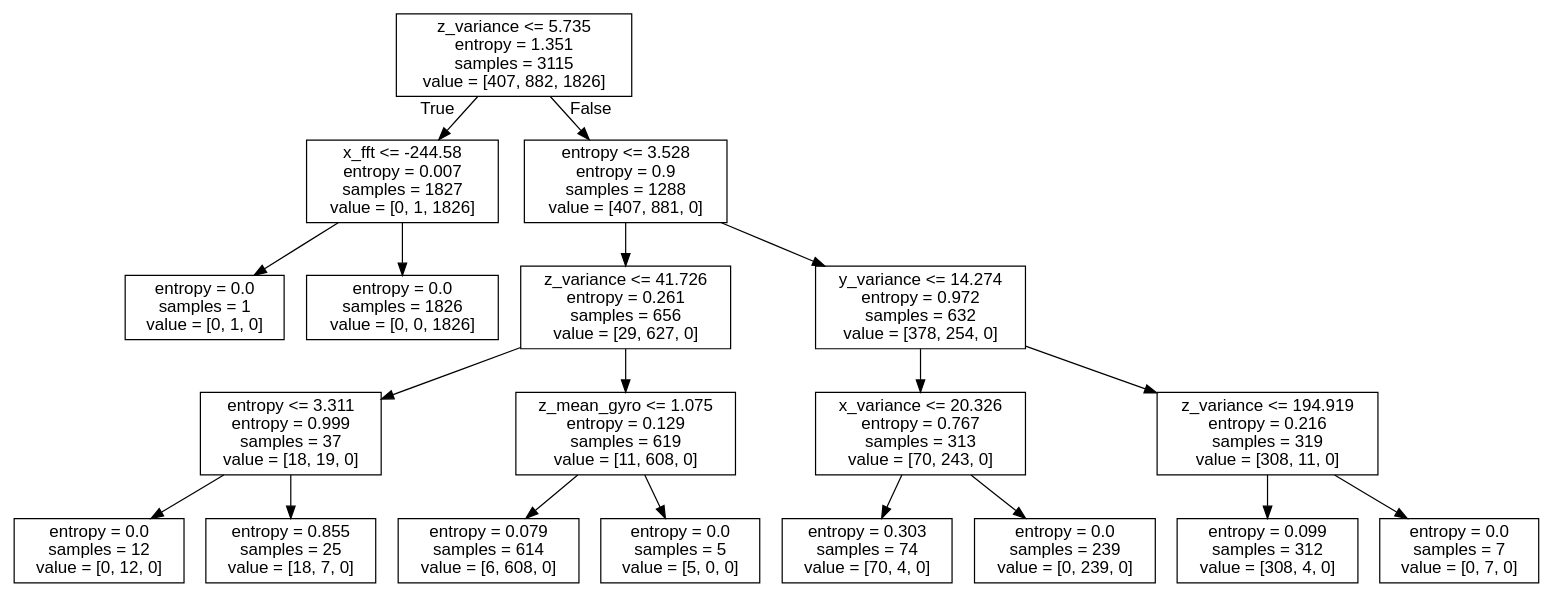
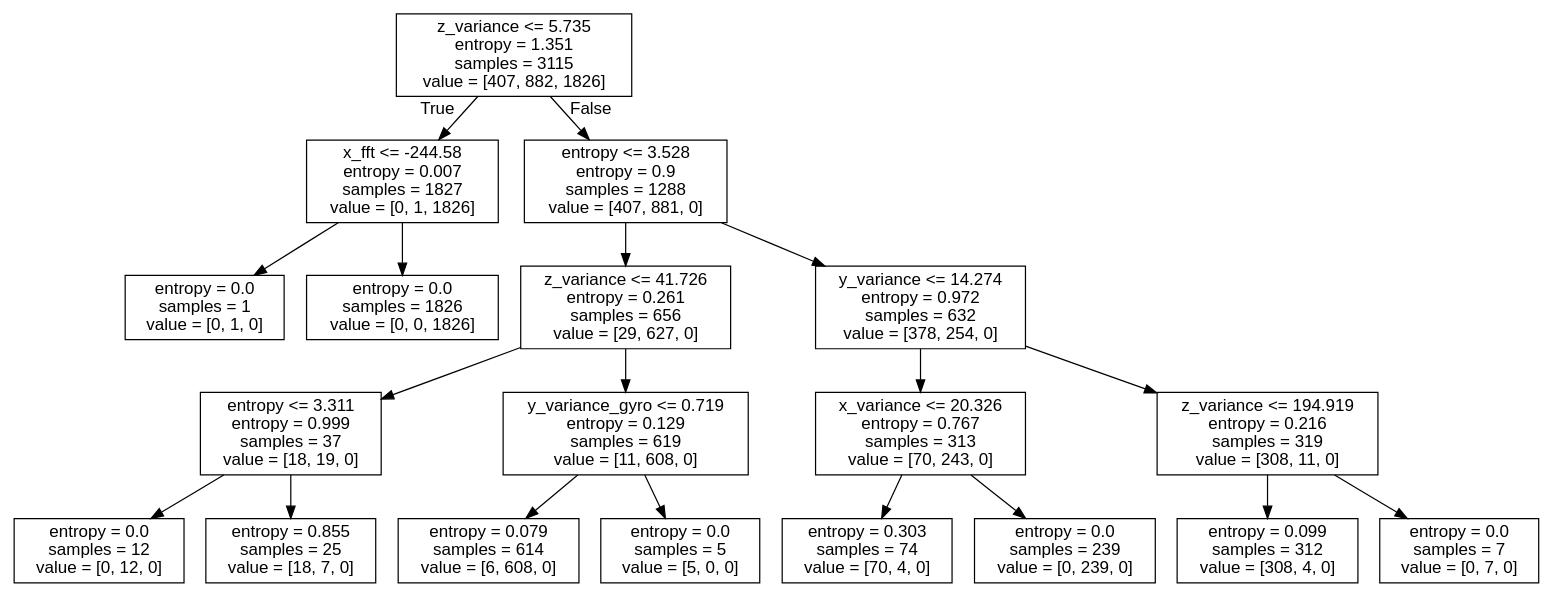
The diagram in tree.dot (WeiLi-hub/CS328-group16-finalproject), drawn with Graphviz before and after one commit. The commit also changed 4 other files, not shown here.

```diff
--- a/tree.dot
+++ b/tree.dot
@@ -1,41 +1,41 @@
 digraph Tree {
 node [shape=box, fontname="helvetica"] ;
 edge [fontname="helvetica"] ;
 0 [label="z_variance <= 5.735\nentropy = 1.351\nsamples = 3115\nvalue = [407, 882, 1826]"] ;
 1 [label="x_fft <= -244.58\nentropy = 0.007\nsamples = 1827\nvalue = [0, 1, 1826]"] ;
 0 -> 1 [labeldistance=2.5, labelangle=45, headlabel="True"] ;
 2 [label="entropy = 0.0\nsamples = 1\nvalue = [0, 1, 0]"] ;
 1 -> 2 ;
 3 [label="entropy = 0.0\nsamples = 1826\nvalue = [0, 0, 1826]"] ;
 1 -> 3 ;
 4 [label="entropy <= 3.528\nentropy = 0.9\nsamples = 1288\nvalue = [407, 881, 0]"] ;
 0 -> 4 [labeldistance=2.5, labelangle=-45, headlabel="False"] ;
 5 [label="z_variance <= 41.726\nentropy = 0.261\nsamples = 656\nvalue = [29, 627, 0]"] ;
 4 -> 5 ;
 6 [label="entropy <= 3.311\nentropy = 0.999\nsamples = 37\nvalue = [18, 19, 0]"] ;
 5 -> 6 ;
 7 [label="entropy = 0.0\nsamples = 12\nvalue = [0, 12, 0]"] ;
 6 -> 7 ;
 8 [label="entropy = 0.855\nsamples = 25\nvalue = [18, 7, 0]"] ;
 6 -> 8 ;
-9 [label="z_mean_gyro <= 1.075\nentropy = 0.129\nsamples = 619\nvalue = [11, 608, 0]"] ;
+9 [label="y_variance_gyro <= 0.719\nentropy = 0.129\nsamples = 619\nvalue = [11, 608, 0]"] ;
 5 -> 9 ;
 10 [label="entropy = 0.079\nsamples = 614\nvalue = [6, 608, 0]"] ;
 9 -> 10 ;
 11 [label="entropy = 0.0\nsamples = 5\nvalue = [5, 0, 0]"] ;
 9 -> 11 ;
 12 [label="y_variance <= 14.274\nentropy = 0.972\nsamples = 632\nvalue = [378, 254, 0]"] ;
 4 -> 12 ;
 13 [label="x_variance <= 20.326\nentropy = 0.767\nsamples = 313\nvalue = [70, 243, 0]"] ;
 12 -> 13 ;
 14 [label="entropy = 0.303\nsamples = 74\nvalue = [70, 4, 0]"] ;
 13 -> 14 ;
 15 [label="entropy = 0.0\nsamples = 239\nvalue = [0, 239, 0]"] ;
 13 -> 15 ;
 16 [label="z_variance <= 194.919\nentropy = 0.216\nsamples = 319\nvalue = [308, 11, 0]"] ;
 12 -> 16 ;
 17 [label="entropy = 0.099\nsamples = 312\nvalue = [308, 4, 0]"] ;
 16 -> 17 ;
 18 [label="entropy = 0.0\nsamples = 7\nvalue = [0, 7, 0]"] ;
 16 -> 18 ;
 }
```
